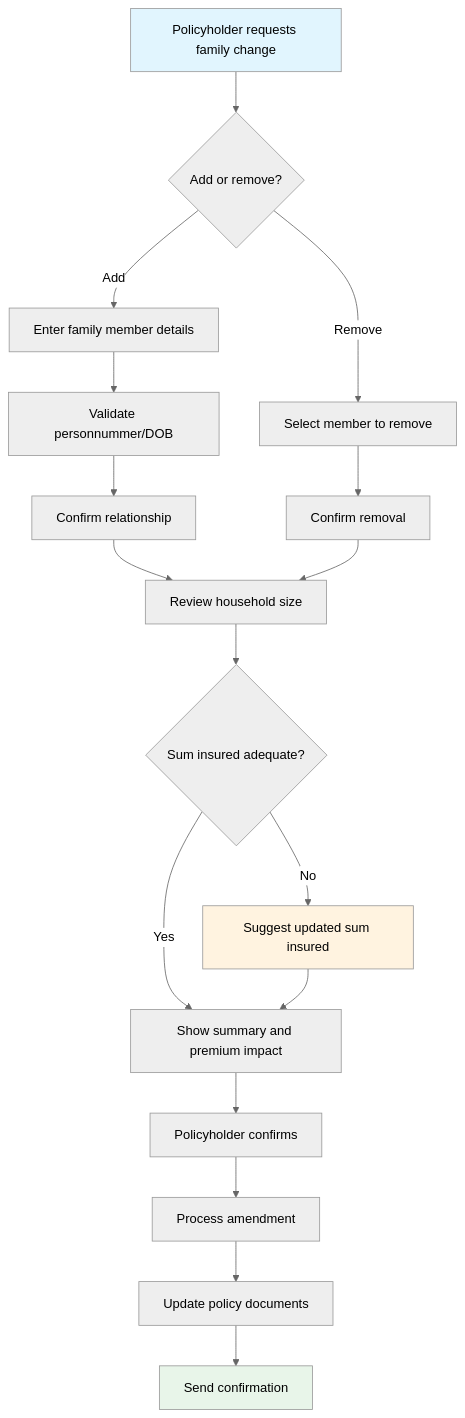
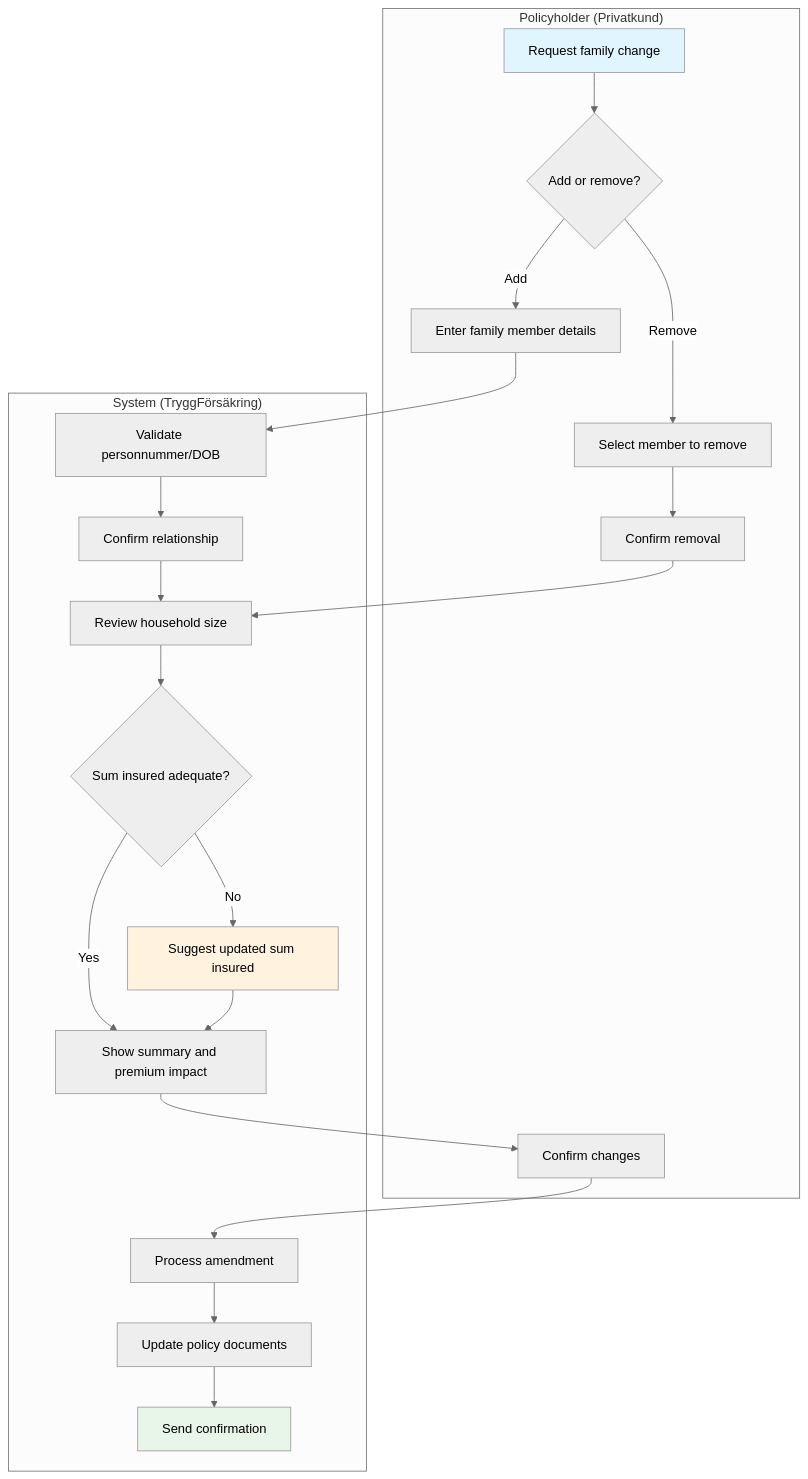
The fifth of 6 diagrams in docs/phase-2-home-property/use-cases/policy-administration.md (Agentic-software-factory/insurance-platform-requirements), drawn with Mermaid (neutral theme) before and after one commit. The commit also changed other lines of this file and 9 other files, not shown here.

First line of the commit message:
docs(#122): Upgrade flowcharts to swimlane format for Phase 2 Home & Property use cases (#132)

````diff
--- a/docs/phase-2-home-property/use-cases/policy-administration.md
+++ b/docs/phase-2-home-property/use-cases/policy-administration.md
@@ -552,28 +618,49 @@
 ```mermaid
 flowchart TD
-    A[Policyholder requests family change] --> B{Add or remove?}
-    B -->|Add| C[Enter family member details]
-    B -->|Remove| D[Select member to remove]
+    subgraph Policyholder ["Policyholder (Privatkund)"]
+        A[Request family change]
+        B{Add or remove?}
+        C[Enter family member details]
+        D[Select member to remove]
+        H[Confirm removal]
+        L[Confirm changes]
+    end
 
-    C --> E[Validate personnummer/DOB]
-    E --> F[Confirm relationship]
-    F --> G[Review household size]
+    subgraph System ["System (TryggFörsäkring)"]
+        E[Validate personnummer/DOB]
+        F[Confirm relationship]
+        G[Review household size]
+        I{Sum insured adequate?}
+        J[Suggest updated sum insured]
+        K[Show summary and premium impact]
+        M[Process amendment]
+        N[Update policy documents]
+        O[Send confirmation]
+    end
 
-    D --> H[Confirm removal]
+    A --> B
+    B -->|Add| C
+    B -->|Remove| D
+
+    C --> E
+    E --> F
+    F --> G
+
+    D --> H
     H --> G
 
-    G --> I{Sum insured adequate?}
-    I -->|No| J[Suggest updated sum insured]
-    I -->|Yes| K[Show summary and premium impact]
+    G --> I
+    I -->|No| J
+    I -->|Yes| K
 
     J --> K
 
-    K --> L[Policyholder confirms]
-    L --> M[Process amendment]
-    M --> N[Update policy documents]
-    N --> O[Send confirmation]
+    K --> L
+    L --> M
+    M --> N
+    N --> O
 
     style A fill:#e1f5fe
     style O fill:#e8f5e9
     style J fill:#fff3e0
 ```
````
